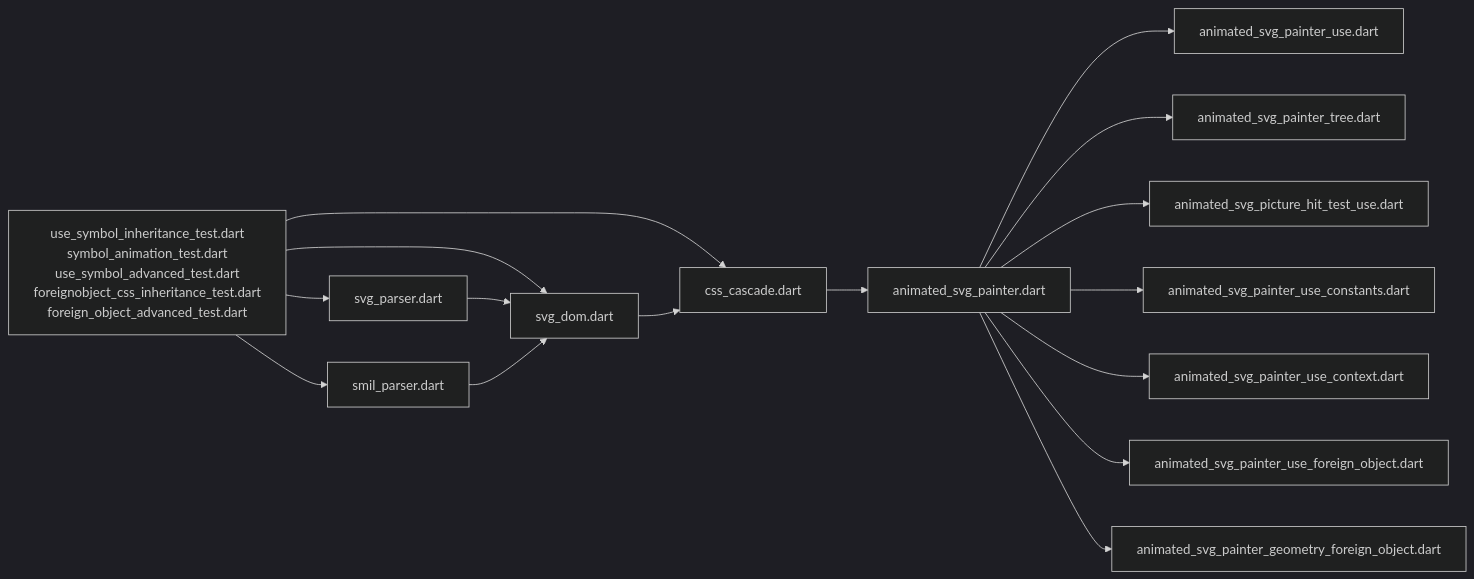
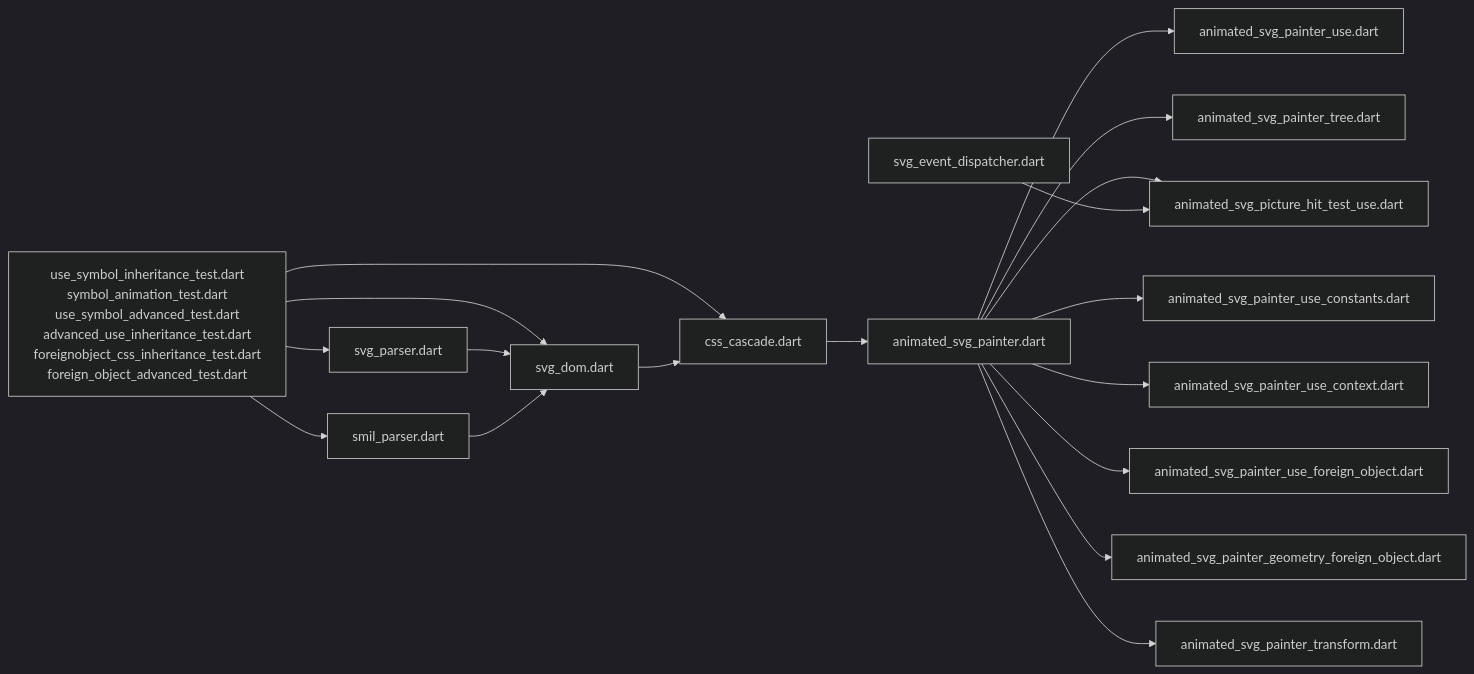
One commit to denisnadey/flutter_full_svg_support changed the tenth of 10 diagrams in .qoder/repowiki/en/content/Advanced Features/Use Element Symbol Inheritance.md. Above: the diagram before and after it, drawn with Mermaid (dark theme). The commit also changed other lines of this file and 19 other files, not shown here.

First line of the commit message:
feat(svg): enhance use element inheritance with transform parsing and event retargeting

````diff
--- a/.qoder/repowiki/en/content/Advanced Features/Use Element Symbol Inheritance.md
+++ b/.qoder/repowiki/en/content/Advanced Features/Use Element Symbol Inheritance.md
@@ -705,18 +802,20 @@
 ```mermaid
 graph LR
-Tests["use_symbol_inheritance_test.dart<br/>symbol_animation_test.dart<br/>use_symbol_advanced_test.dart<br/>foreignobject_css_inheritance_test.dart<br/>foreign_object_advanced_test.dart"] --> Parser["svg_parser.dart"]
+Tests["use_symbol_inheritance_test.dart<br/>symbol_animation_test.dart<br/>use_symbol_advanced_test.dart<br/>advanced_use_inheritance_test.dart<br/>foreignobject_css_inheritance_test.dart<br/>foreign_object_advanced_test.dart"] --> Parser["svg_parser.dart"]
 Tests --> SMIL["smil_parser.dart"]
 Tests --> CSS["css_cascade.dart"]
 Tests --> DOM["svg_dom.dart"]
 Parser --> DOM
 SMIL --> DOM
 DOM --> CSS
 CSS --> Painter["animated_svg_painter.dart"]
 Painter --> UseExt["animated_svg_painter_use.dart"]
 Painter --> TreeExt["animated_svg_painter_tree.dart"]
 Painter --> HitExt["animated_svg_picture_hit_test_use.dart"]
 Painter --> UseConst["animated_svg_painter_use_constants.dart"]
 Painter --> UseCtx["animated_svg_painter_use_context.dart"]
 Painter --> FOExt["animated_svg_painter_use_foreign_object.dart"]
 Painter --> GeoFO["animated_svg_painter_geometry_foreign_object.dart"]
+Painter --> TransformExt["animated_svg_painter_transform.dart"]
+EventSys["svg_event_dispatcher.dart"] --> HitExt
 ```
````
